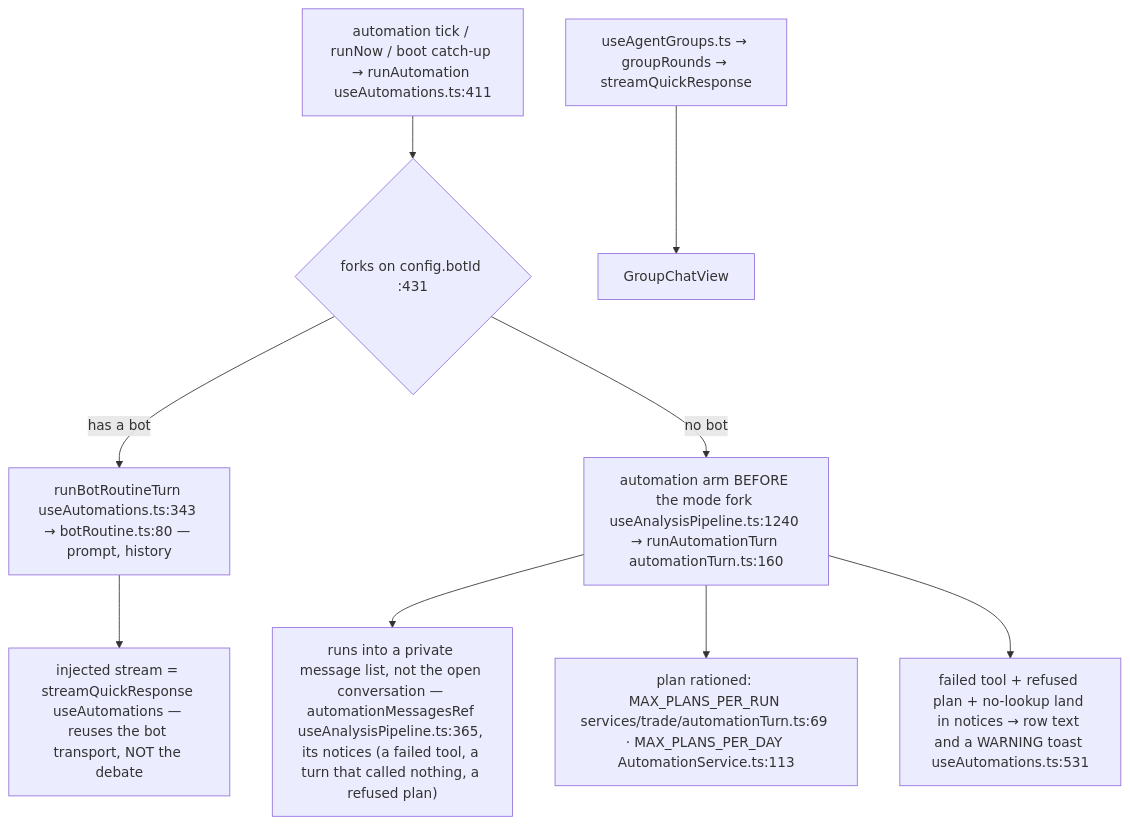
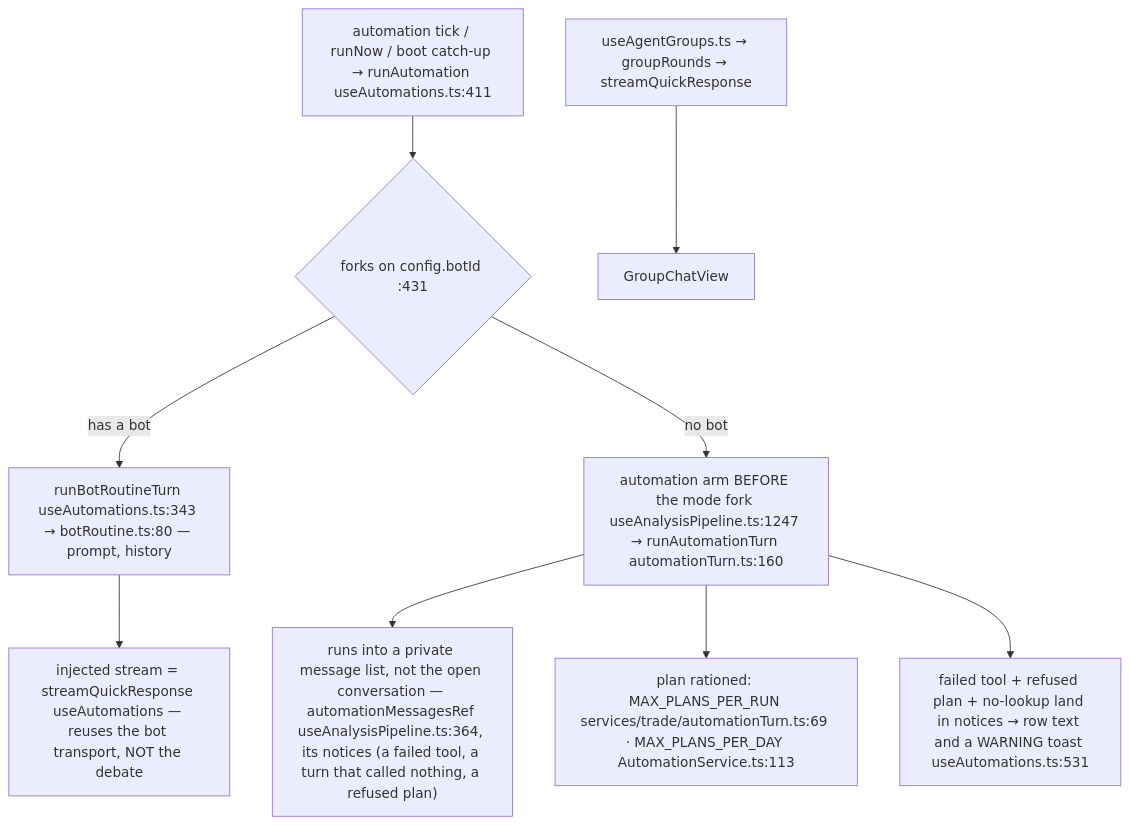
One commit to Acepay25/august-3.5 changed the fifth of 7 diagrams in docs/app-flow.md. Above: the diagram before and after it, drawn with Mermaid. The commit also changed other lines of this file and 6 other files, not shown here.

````diff
--- a/docs/app-flow.md
+++ b/docs/app-flow.md
@@ -284,11 +284,11 @@
 ```mermaid
 flowchart TD
     TK["automation tick / runNow / boot catch-up → runAutomation useAutomations.ts:411"] --> D{"forks on config.botId :431"}
     D -->|has a bot| BR["runBotRoutineTurn useAutomations.ts:343 → botRoutine.ts:80 — prompt, history"]
     BR --> ST["injected stream = streamQuickResponse useAutomations — reuses the bot transport, NOT the debate"]
-    D -->|no bot| AT["automation arm BEFORE the mode fork useAnalysisPipeline.ts:1240 → runAutomationTurn automationTurn.ts:160"]
-    AT --> PRIV["runs into a private message list, not the open conversation — automationMessagesRef useAnalysisPipeline.ts:365, its notices (a failed tool, a turn that called nothing, a refused plan)"]
+    D -->|no bot| AT["automation arm BEFORE the mode fork useAnalysisPipeline.ts:1247 → runAutomationTurn automationTurn.ts:160"]
+    AT --> PRIV["runs into a private message list, not the open conversation — automationMessagesRef useAnalysisPipeline.ts:364, its notices (a failed tool, a turn that called nothing, a refused plan)"]
     AT --> CAP["plan rationed: MAX_PLANS_PER_RUN services/trade/automationTurn.ts:69 · MAX_PLANS_PER_DAY AutomationService.ts:113"]
     AT --> FAIL["failed tool + refused plan + no-lookup land in notices → row text and a WARNING toast useAutomations.ts:531"]
     GR["useAgentGroups.ts → groupRounds → streamQuickResponse"] --> GV["GroupChatView"]
 ```
````
